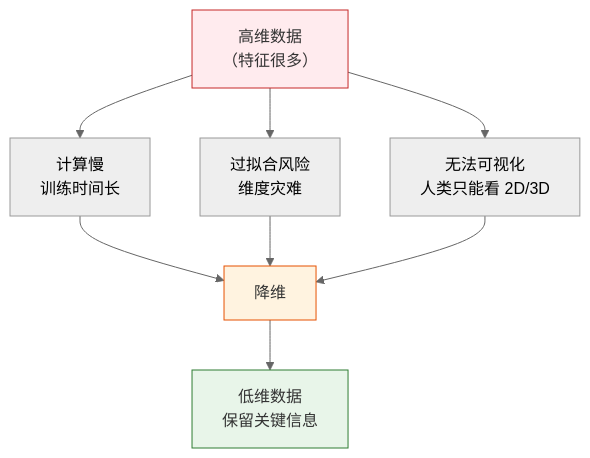
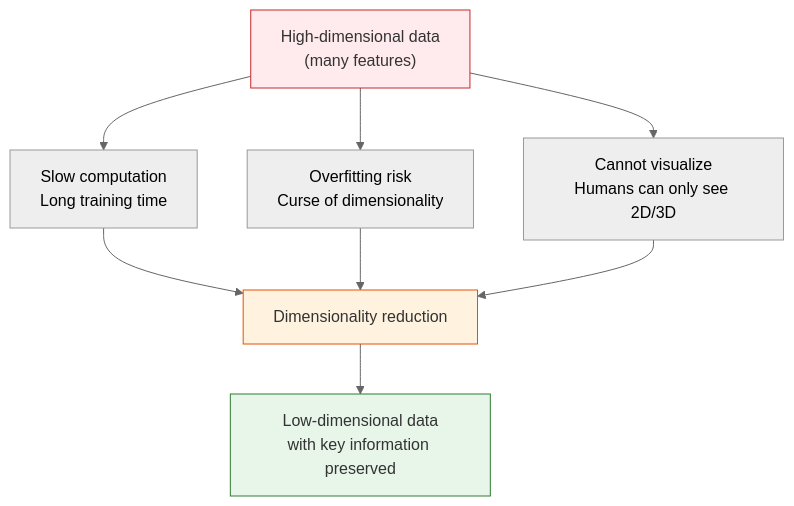
Before and after one commit to oudbiao/AI-fullstack-course: the first of 2 diagrams in docs/ch05-machine-learning/ch03-unsupervised/02-dimensionality-reduction.md, drawn with Mermaid (neutral theme). The commit also changed other lines of this file and 1406 other files, not shown here.

````diff
--- a/docs/ch05-machine-learning/ch03-unsupervised/02-dimensionality-reduction.md
+++ b/docs/ch05-machine-learning/ch03-unsupervised/02-dimensionality-reduction.md
@@ -60,14 +60,14 @@
 ```mermaid
 flowchart TD
-    H["高维数据<br/>（特征很多）"] --> P1["计算慢<br/>训练时间长"]
-    H --> P2["过拟合风险<br/>维度灾难"]
-    H --> P3["无法可视化<br/>人类只能看 2D/3D"]
-    P1 --> S["降维"]
+    H["High-dimensional data<br/>(many features)"] --> P1["Slow computation<br/>Long training time"]
+    H --> P2["Overfitting risk<br/>Curse of dimensionality"]
+    H --> P3["Cannot visualize<br/>Humans can only see 2D/3D"]
+    P1 --> S["Dimensionality reduction"]
     P2 --> S
     P3 --> S
-    S --> R["低维数据<br/>保留关键信息"]
+    S --> R["Low-dimensional data<br/>with key information preserved"]
 
     style H fill:#ffebee,stroke:#c62828,color:#333
     style S fill:#fff3e0,stroke:#e65100,color:#333
     style R fill:#e8f5e9,stroke:#2e7d32,color:#333
 ```
````
